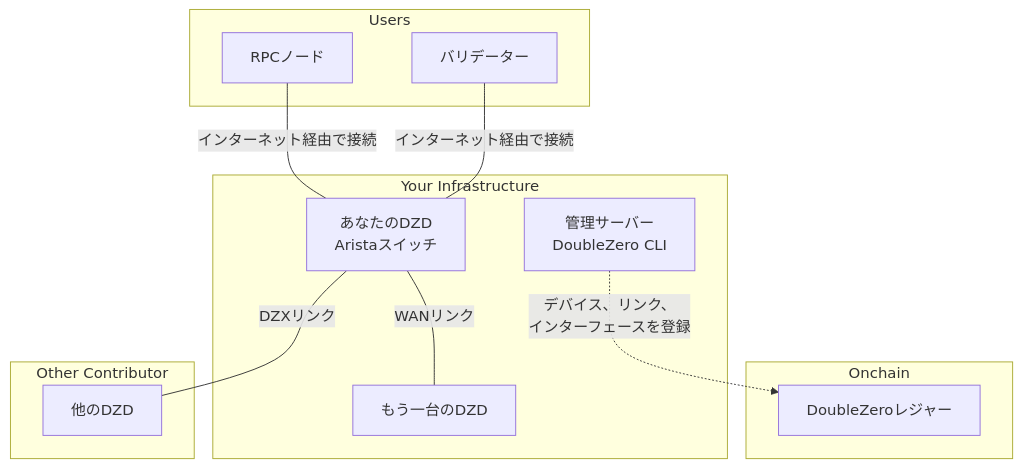
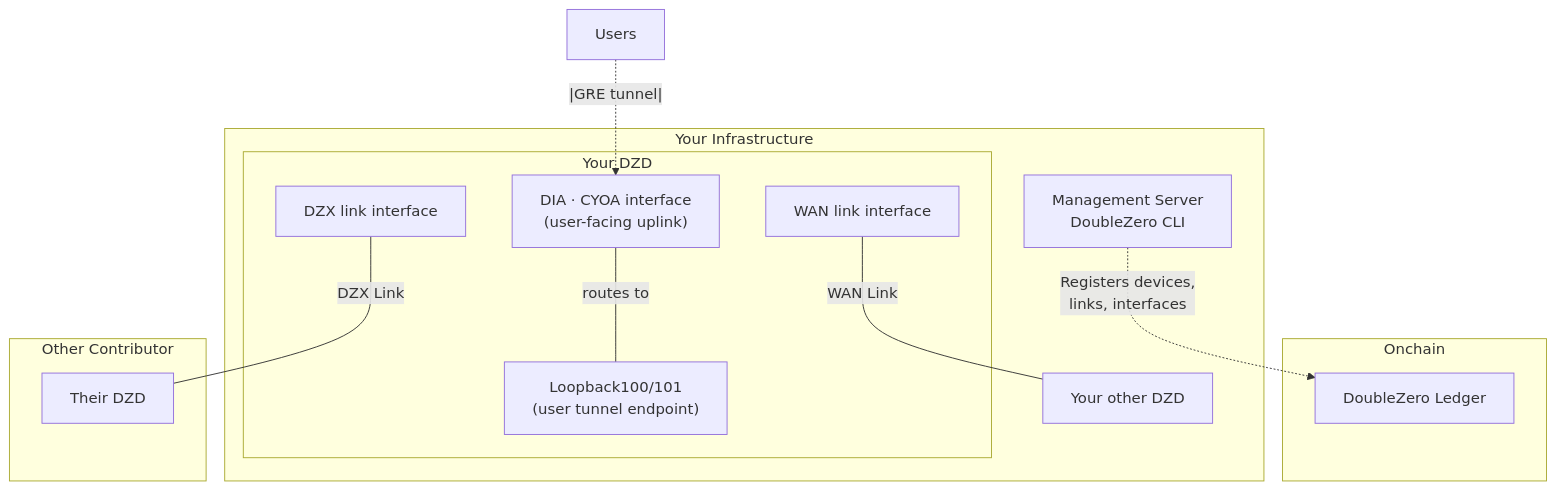
The first of 13 diagrams in docs/contribute-provisioning.ja.md (malbeclabs/docs), drawn with Mermaid before and after one commit. The commit also changed other lines of this file and 160 other files, not shown here.

````diff
--- a/docs/contribute-provisioning.ja.md
+++ b/docs/contribute-provisioning.ja.md
@@ -13,26 +50,29 @@
 ```mermaid
 flowchart TB
     subgraph Onchain
-        SC[DoubleZeroレジャー]
+        SC[DoubleZero Ledger]
     end
 
     subgraph Your Infrastructure
-        MGMT[管理サーバー<br/>DoubleZero CLI]
-        DZD[あなたのDZD<br/>Aristaスイッチ]
-        DZD ---|WANリンク| DZD2[もう一台のDZD]
+        MGMT[Management Server<br/>DoubleZero CLI]
+        subgraph DZD[Your DZD]
+            CYOA["DIA · CYOA interface<br/>(user-facing uplink)"]
+            WAN_INTF["WAN link interface"]
+            DZX_INTF["DZX link interface"]
+            LO100["Loopback100/101<br/>(user tunnel endpoint)"]
+        end
+        DZD2[Your other DZD]
     end
 
     subgraph Other Contributor
-        OtherDZD[他のDZD]
+        OtherDZD[Their DZD]
     end
 
-    subgraph Users
-        VAL[バリデーター]
-        RPC[RPCノード]
-    end
+    USERS["Users"]
 
-    MGMT -.->|デバイス、リンク、<br/>インターフェースを登録| SC
-    DZD ---|DZXリンク| OtherDZD
-    VAL ---|インターネット経由で接続| DZD
-    RPC ---|インターネット経由で接続| DZD
+    MGMT -.->|Registers devices,<br/>links, interfaces| SC
+    WAN_INTF ---|WAN Link| DZD2
+    DZX_INTF ---|DZX Link| OtherDZD
+    USERS -.|GRE tunnel|.-> CYOA
+    CYOA ---|routes to| LO100
 ```
````
